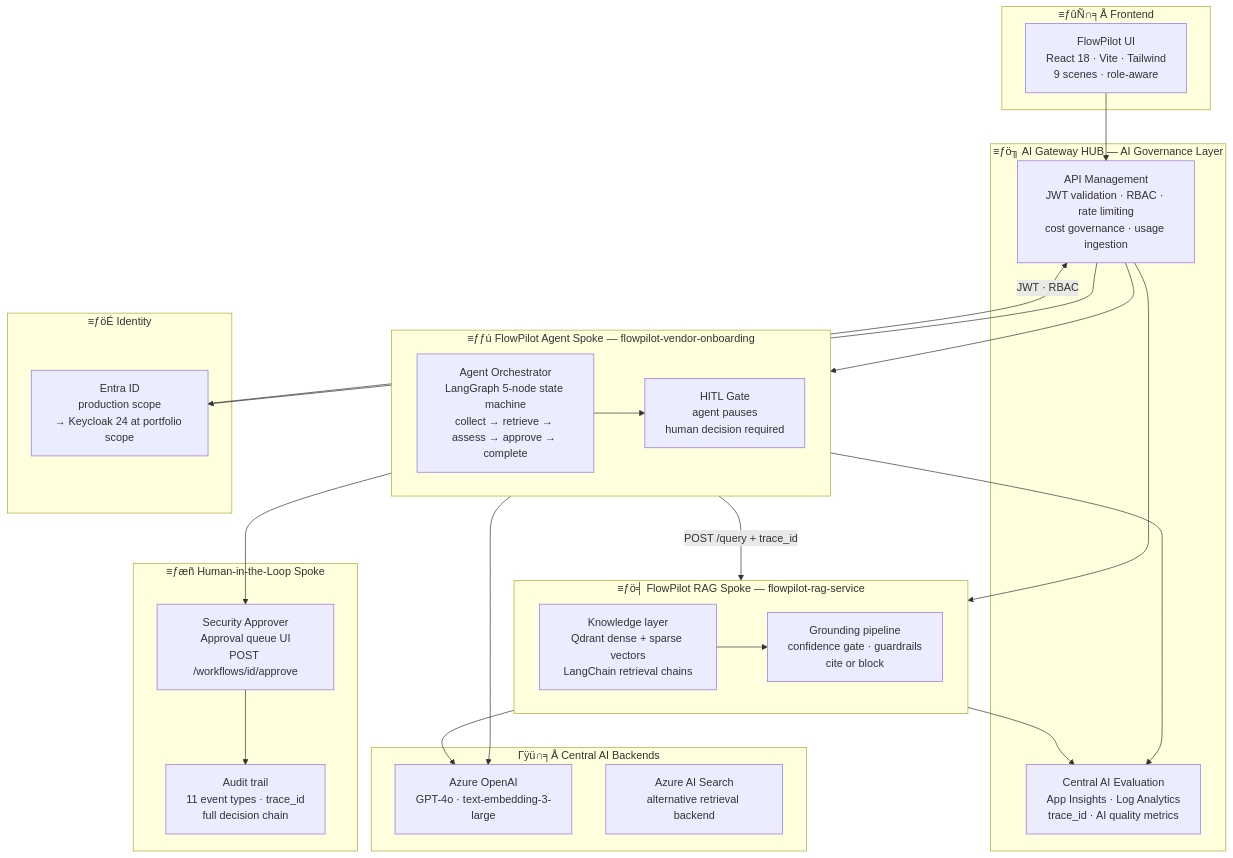
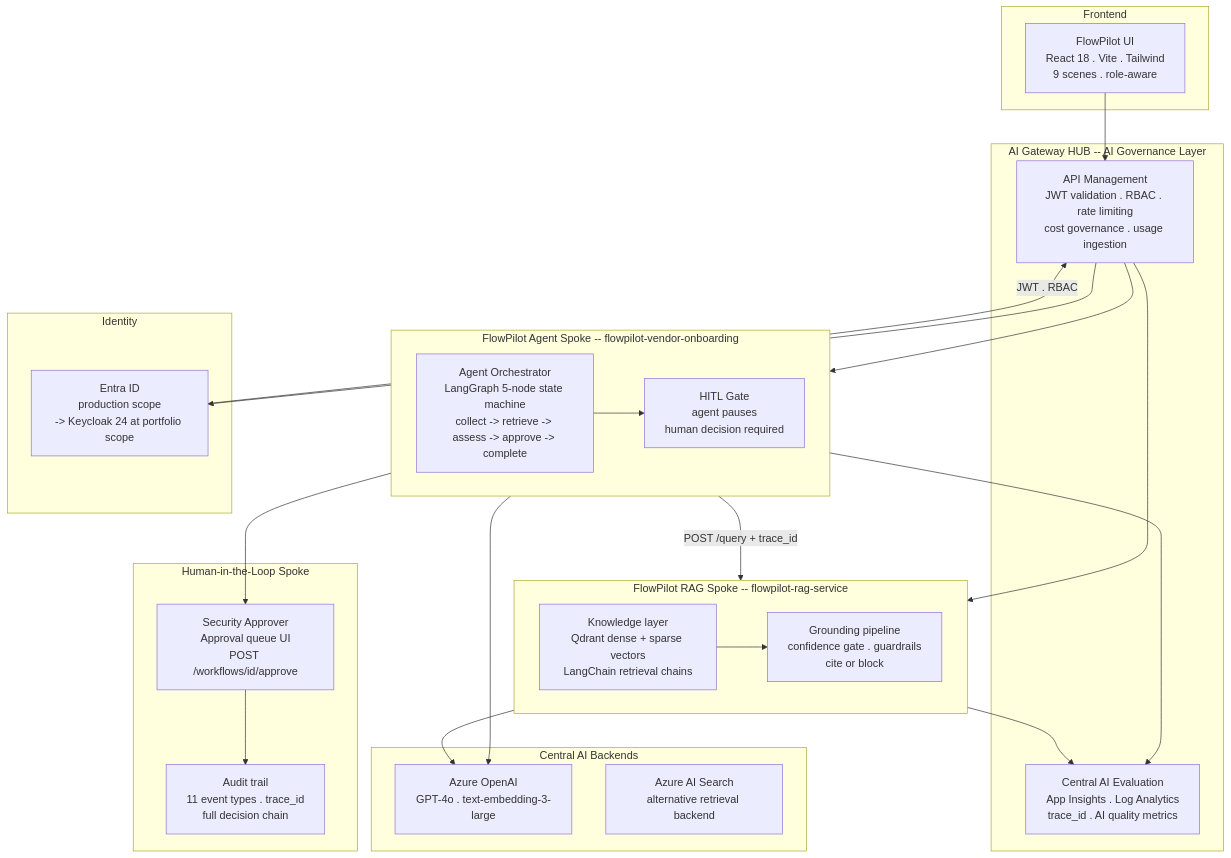
Before and after one commit to nitindra-soekhai/flowpilot-docs: the third of 4 diagrams in README.md, drawn with Mermaid. The commit also changed other lines of this file, not shown here.

````diff
--- a/README.md
+++ b/README.md
@@ -290,56 +290,56 @@
 ```mermaid
 graph TD
 
-    subgraph BACKENDS ["Γÿü∩╕Å Central AI Backends"]
-        OAI["Azure OpenAI\nGPT-4o · text-embedding-3-large"]
-        AIS["Azure AI Search\nalternative retrieval backend"]
-    end
+ subgraph BACKENDS [" Central AI Backends"]
+ OAI["Azure OpenAI\nGPT-4o . text-embedding-3-large"]
+ AIS["Azure AI Search\nalternative retrieval backend"]
+ end
 
-    subgraph HUB ["≡ƒö╖ AI Gateway HUB — AI Governance Layer"]
-        APIM["API Management\nJWT validation · RBAC · rate limiting\ncost governance · usage ingestion"]
-        EVAL["Central AI Evaluation\nApp Insights · Log Analytics\ntrace_id · AI quality metrics"]
-    end
+ subgraph HUB [" AI Gateway HUB -- AI Governance Layer"]
+ APIM["API Management\nJWT validation . RBAC . rate limiting\ncost governance . usage ingestion"]
+ EVAL["Central AI Evaluation\nApp Insights . Log Analytics\ntrace_id . AI quality metrics"]
+ end
 
-    subgraph IAM ["≡ƒöÉ Identity"]
-        ENTRA["Entra ID\nproduction scope\n→ Keycloak 24 at portfolio scope"]
-    end
+ subgraph IAM [" Identity"]
+ ENTRA["Entra ID\nproduction scope\n-> Keycloak 24 at portfolio scope"]
+ end
 
-    subgraph RAG_SPOKE ["≡ƒö╡ FlowPilot RAG Spoke — flowpilot-rag-service"]
-        direction LR
-        KNOWLEDGE["Knowledge layer\nQdrant dense + sparse vectors\nLangChain retrieval chains"]
-        GROUND["Grounding pipeline\nconfidence gate · guardrails\ncite or block"]
-        KNOWLEDGE --> GROUND
-    end
+ subgraph RAG_SPOKE [" FlowPilot RAG Spoke -- flowpilot-rag-service"]
+ direction LR
+ KNOWLEDGE["Knowledge layer\nQdrant dense + sparse vectors\nLangChain retrieval chains"]
+ GROUND["Grounding pipeline\nconfidence gate . guardrails\ncite or block"]
+ KNOWLEDGE --> GROUND
+ end
 
-    subgraph AGENT_SPOKE ["≡ƒƒú FlowPilot Agent Spoke — flowpilot-vendor-onboarding"]
-        direction LR
-        ORCH["Agent Orchestrator\nLangGraph 5-node state machine\ncollect → retrieve → assess → approve → complete"]
-        HITL_NODE["HITL Gate\nagent pauses\nhuman decision required"]
-        ORCH --> HITL_NODE
-    end
+ subgraph AGENT_SPOKE [" FlowPilot Agent Spoke -- flowpilot-vendor-onboarding"]
+ direction LR
+ ORCH["Agent Orchestrator\nLangGraph 5-node state machine\ncollect -> retrieve -> assess -> approve -> complete"]
+ HITL_NODE["HITL Gate\nagent pauses\nhuman decision required"]
+ ORCH --> HITL_NODE
+ end
 
-    subgraph HITL_SPOKE ["≡ƒæñ Human-in-the-Loop Spoke"]
-        APPROVER["Security Approver\nApproval queue UI\nPOST /workflows/id/approve"]
-        AUDIT["Audit trail\n11 event types · trace_id\nfull decision chain"]
-    end
+ subgraph HITL_SPOKE [" Human-in-the-Loop Spoke"]
+ APPROVER["Security Approver\nApproval queue UI\nPOST /workflows/id/approve"]
+ AUDIT["Audit trail\n11 event types . trace_id\nfull decision chain"]
+ end
 
-    subgraph FRONTEND ["≡ƒûÑ∩╕Å Frontend"]
-        UI["FlowPilot UI\nReact 18 · Vite · Tailwind\n9 scenes · role-aware"]
-    end
+ subgraph FRONTEND [" Frontend"]
+ UI["FlowPilot UI\nReact 18 . Vite . Tailwind\n9 scenes . role-aware"]
+ end
 
-    UI --> APIM
-    APIM --> AGENT_SPOKE
-    APIM --> RAG_SPOKE
-    APIM --> ENTRA
+ UI --> APIM
+ APIM --> AGENT_SPOKE
+ APIM --> RAG_SPOKE
+ APIM --> ENTRA
 
-    ORCH -- "POST /query + trace_id" --> GROUND
-    ORCH --> OAI
-    KNOWLEDGE --> OAI
+ ORCH -- "POST /query + trace_id" --> GROUND
+ ORCH --> OAI
+ KNOWLEDGE --> OAI
 
-    HITL_NODE --> APPROVER
-    APPROVER --> AUDIT
+ HITL_NODE --> APPROVER
+ APPROVER --> AUDIT
 
-    RAG_SPOKE --> EVAL
-    AGENT_SPOKE --> EVAL
-    ENTRA -- "JWT · RBAC" --> APIM
+ RAG_SPOKE --> EVAL
+ AGENT_SPOKE --> EVAL
+ ENTRA -- "JWT . RBAC" --> APIM
 ```
````
